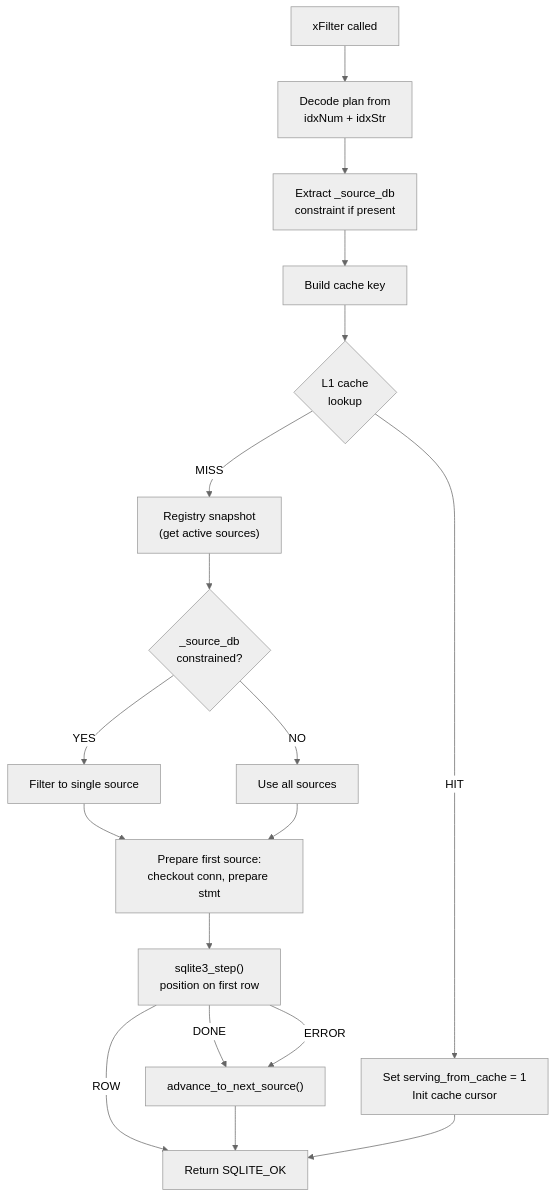
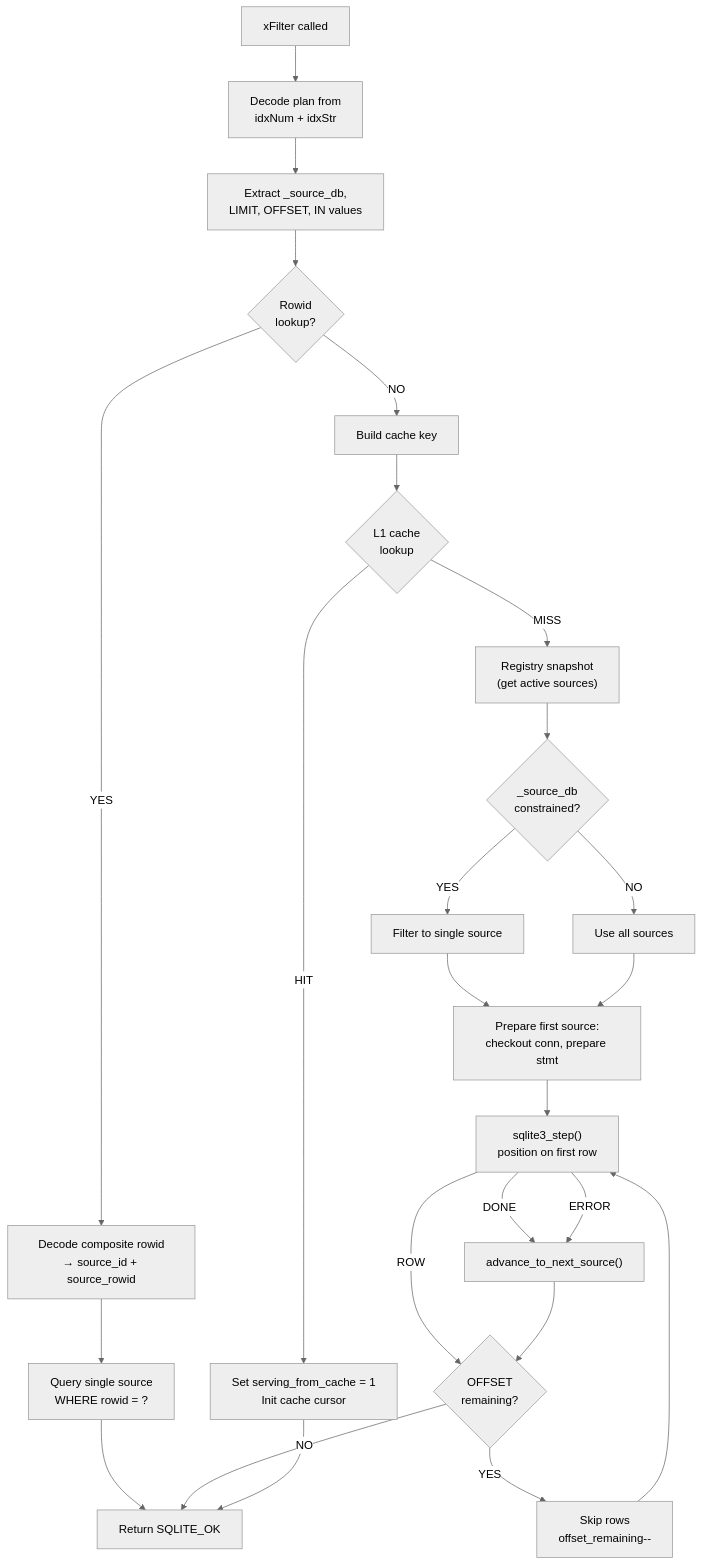
Before and after one commit to alexandernicholson/clearprism: the fourth of 6 diagrams in docs/architecture.md, drawn with Mermaid (neutral theme). The commit also changed other lines of this file and 15 other files, not shown here.

````diff
--- a/docs/architecture.md
+++ b/docs/architecture.md
@@ -125,20 +135,27 @@
 ```mermaid
 flowchart TD
     START["xFilter called"] --> DECODE["Decode plan from<br>idxNum + idxStr"]
-    DECODE --> EXTRACT["Extract _source_db<br>constraint if present"]
-    EXTRACT --> KEY["Build cache key"]
+    DECODE --> EXTRACT["Extract _source_db,<br>LIMIT, OFFSET, IN values"]
+    EXTRACT --> ROWID{"Rowid<br>lookup?"}
+    ROWID -- YES --> DECOMPOSE["Decode composite rowid<br>→ source_id + source_rowid"]
+    DECOMPOSE --> SINGLE_SRC["Query single source<br>WHERE rowid = ?"]
+    SINGLE_SRC --> READY
+    ROWID -- NO --> KEY["Build cache key"]
     KEY --> L1{"L1 cache<br>lookup"}
     L1 -- HIT --> FROM_CACHE["Set serving_from_cache = 1<br>Init cache cursor"]
     L1 -- MISS --> SNAP["Registry snapshot<br>(get active sources)"]
     SNAP --> FILTER{"_source_db<br>constrained?"}
     FILTER -- YES --> SINGLE["Filter to single source"]
     FILTER -- NO --> ALL["Use all sources"]
     SINGLE --> PREP["Prepare first source:<br>checkout conn, prepare stmt"]
     ALL --> PREP
     PREP --> STEP["sqlite3_step()<br>position on first row"]
-    STEP -- ROW --> READY["Return SQLITE_OK"]
+    STEP -- ROW --> OFFSET{"OFFSET<br>remaining?"}
+    OFFSET -- YES --> SKIP["Skip rows<br>offset_remaining--"]
+    SKIP --> STEP
+    OFFSET -- NO --> READY["Return SQLITE_OK"]
     STEP -- DONE --> ADV["advance_to_next_source()"]
     STEP -- ERROR --> ADV
-    ADV --> READY
+    ADV --> OFFSET
     FROM_CACHE --> READY
 ```
````
